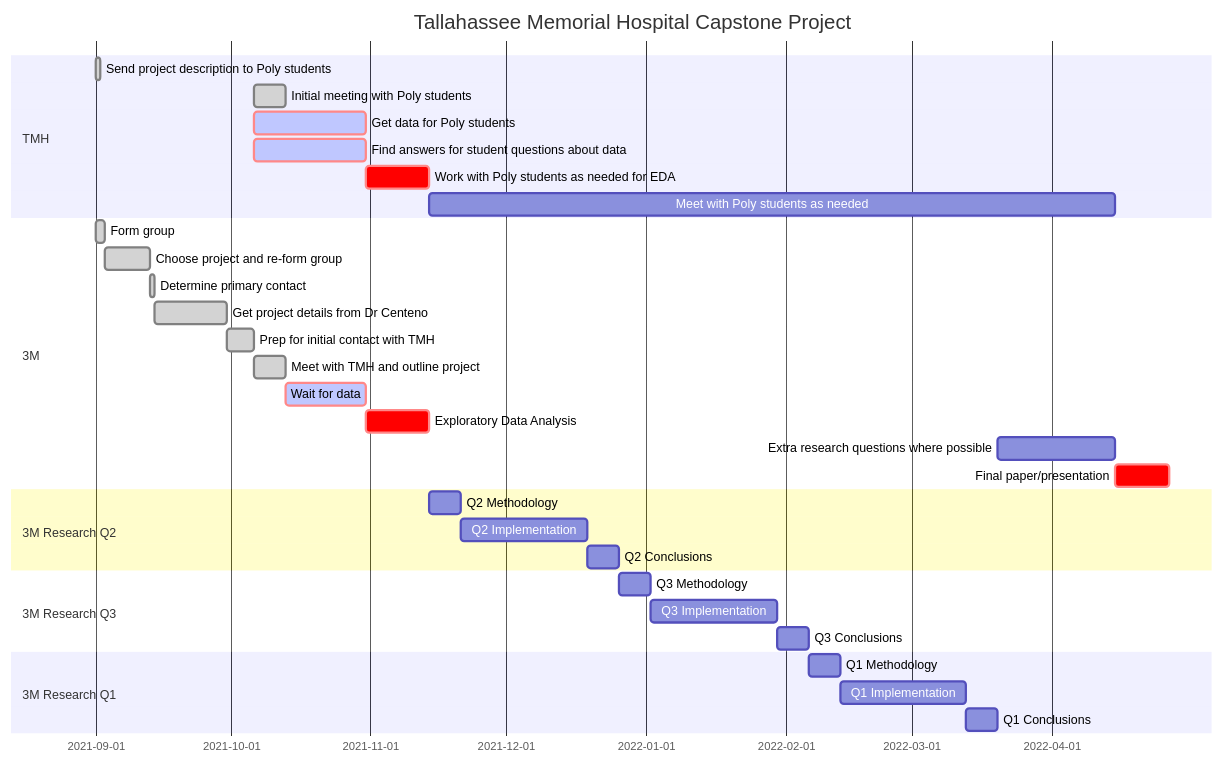
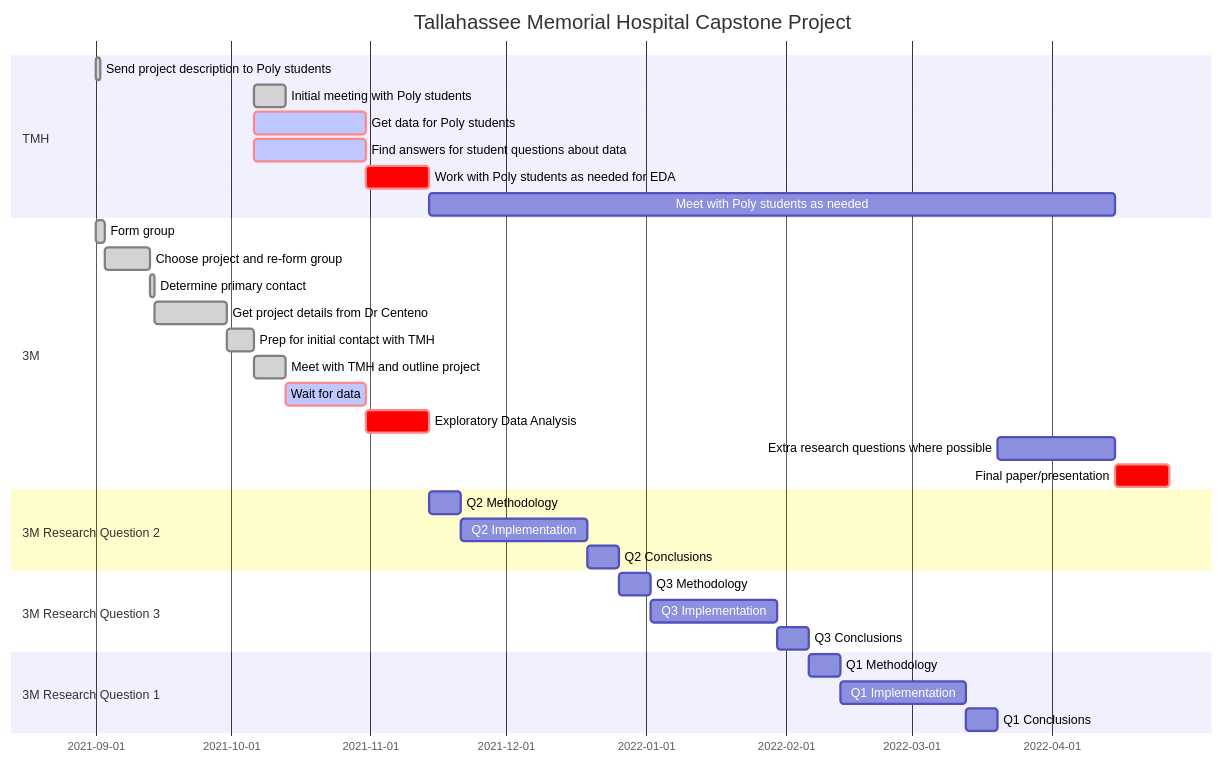
The second of 2 diagrams in IDC 4942 ~ Capstone/FA2021 Midterm Gantt and WBS.md (guslipkin/Fall2021), drawn with Mermaid before and after one commit. The commit also changed 3 other files, not shown here.

````diff
--- a/IDC 4942 ~ Capstone/FA2021 Midterm Gantt and WBS.md
+++ b/IDC 4942 ~ Capstone/FA2021 Midterm Gantt and WBS.md
@@ -31,37 +31,37 @@
 ```mermaid
 gantt
 dateFormat YYYY-MM-DD
 
 title Tallahassee Memorial Hospital Capstone Project
 
 section TMH
 				Send project description to Poly students :done, tmh1, 2021-09-01, 1d
 				Initial meeting with Poly students				:done, tmh2, 2021-10-06, 2021-10-13
         Get data for Poly students								:active, crit, tmh3, 2021-10-06, 2021-10-31
         Find answers for student questions about data :active, crit, tmh4, 2021-10-06, 2021-10-31
         Work with Poly students as needed for EDA	:crit, tmh5, after p7, 2w
         Meet with Poly students as needed					: tmh6, after tmh5, 2022-04-15
 section 3M
         Form group            										:done, p1, 2021-09-01, 2021-09-03
         Choose project and re-form group					:done, p2, 2021-09-03, 2021-09-13
         Determine primary contact									:done, p3, 2021-09-13, 2021-09-14
         Get project details from Dr Centeno				:done, p4, 2021-09-14, 2021-09-30
         Prep for initial contact with TMH					:done, p5, 2021-09-30, 2021-10-06
         Meet with TMH and outline project					:done, p6, 2021-10-06, 2021-10-13
         Wait for data															:active, crit, p7, 2021-10-13, 2021-10-31
         Exploratory Data Analysis									:crit,	p8, after p7, 2w
         Extra research questions where possible		: p9, after q13, 2022-04-15
         Final paper/presentation									:crit, after p9, 2022-04-27
-section 3M Research Q2
+section 3M Research Question 2
 				Q2 Methodology														: q21, after p8, 1w
 				Q2 Implementation													: q22, after q21, 4w
 				Q2 Conclusions														: q23, after q22, 1w
-section 3M Research Q3
+section 3M Research Question 3
 				Q3 Methodology														: q31, after q23, 1w
 				Q3 Implementation													: q32, after q31, 4w
 				Q3 Conclusions														: q33, after q32, 1w
-section 3M Research Q1
+section 3M Research Question 1
 				Q1 Methodology														: q11, after q33, 1w
 				Q1 Implementation													: q12, after q11, 4w
 				Q1 Conclusions														: q13, after q12, 1w
 ```
````
